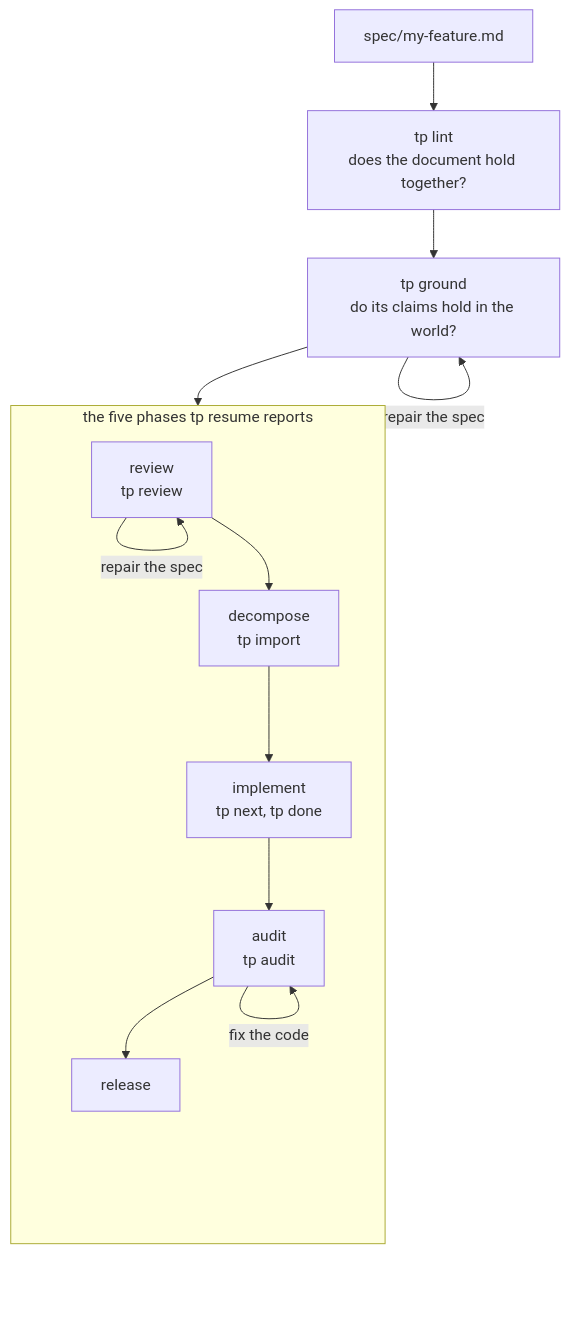
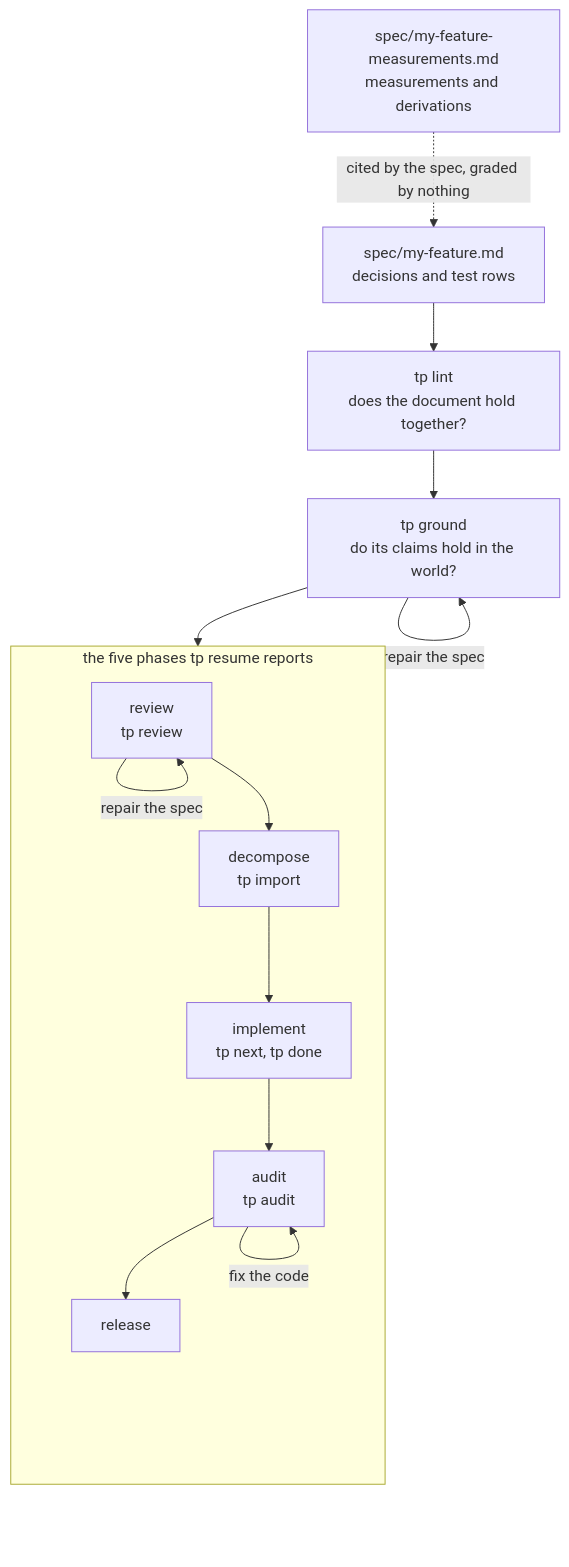
The first of 3 diagrams in README.md (deligoez/tp), drawn with Mermaid before and after one commit. The commit also changed other lines of this file, not shown here.

First line of the commit message:
docs(readme): the spec body and its measurements sidecar, in the diagram and in a paragraph

````diff
--- a/README.md
+++ b/README.md
@@ -109,19 +109,20 @@
 ```mermaid
 flowchart TD
-    SPEC["spec/my-feature.md"] --> LINT["tp lint<br/>does the document hold together?"]
+    SPEC["spec/my-feature.md<br/>decisions and test rows"] --> LINT["tp lint<br/>does the document hold together?"]
+    SIDECAR["spec/my-feature-measurements.md<br/>measurements and derivations"] -.->|"cited by the spec, graded by nothing"| SPEC
     LINT --> GROUND["tp ground<br/>do its claims hold in the world?"]
     GROUND -->|"repair the spec"| GROUND
     GROUND --> REVIEW
 
     subgraph PHASES["the five phases tp resume reports"]
       direction TB
       REVIEW["review<br/>tp review"]
       DECOMPOSE["decompose<br/>tp import"]
       IMPLEMENT["implement<br/>tp next, tp done"]
       AUDIT["audit<br/>tp audit"]
       RELEASE["release"]
       REVIEW -->|"repair the spec"| REVIEW
       REVIEW --> DECOMPOSE --> IMPLEMENT --> AUDIT --> RELEASE
       AUDIT -->|"fix the code"| AUDIT
     end
 ```
````
